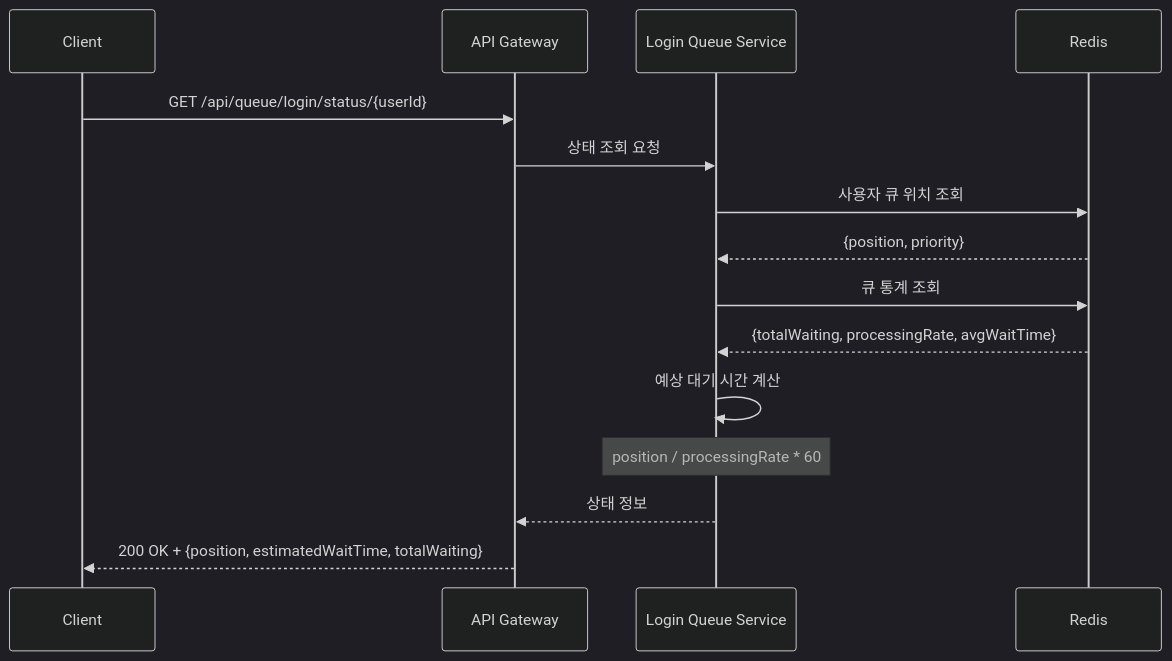
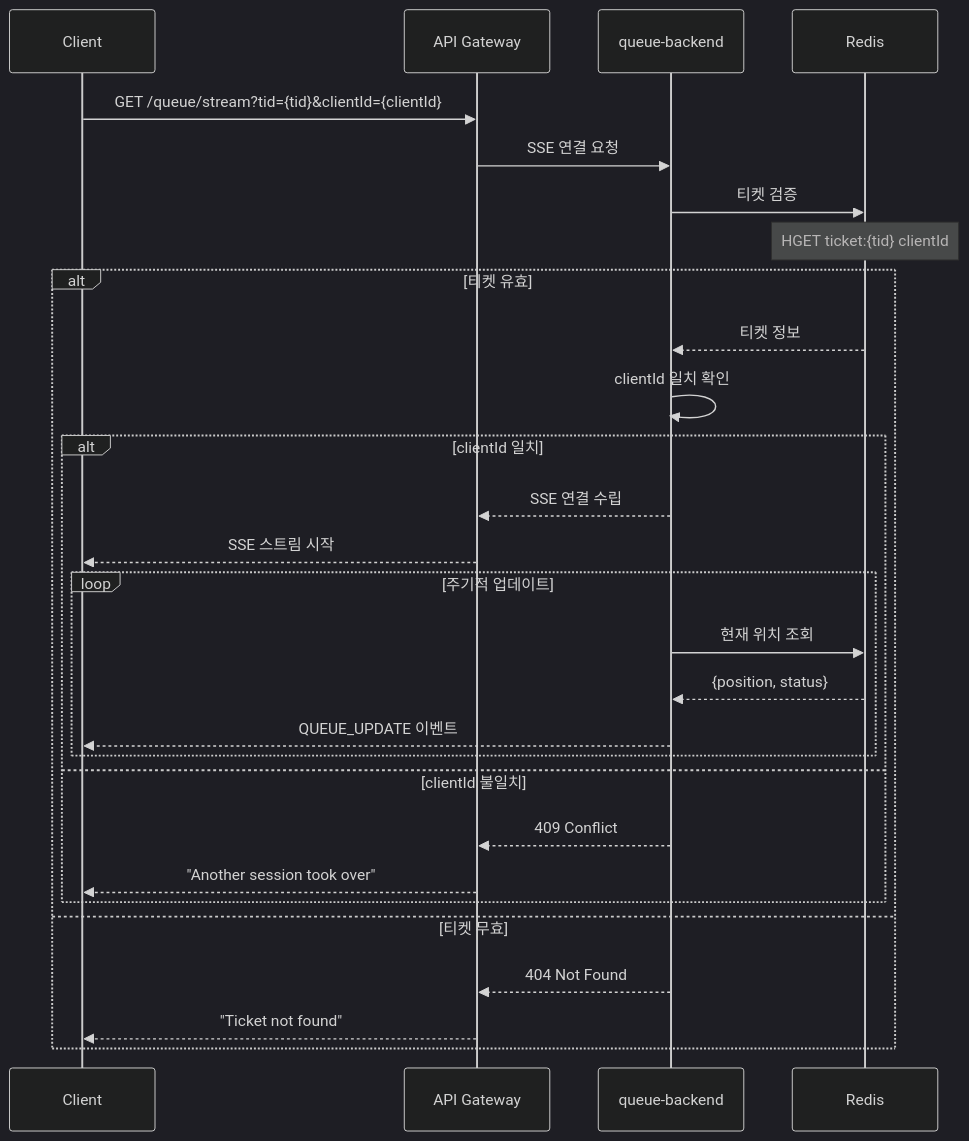
Before and after one commit to exodus-openstack/queue: diagram 14 of 32 in docs/Usecase.md, drawn with Mermaid (dark theme). The commit also changed other lines of this file and 1 other file, not shown here.

First line of the commit message:
docs: 로그인 큐 시스템 구조 반영 및 API 분리

````diff
--- a/docs/Usecase.md
+++ b/docs/Usecase.md
@@ -477,22 +586,35 @@
 ```mermaid
 sequenceDiagram
     participant C as Client
     participant API as API Gateway
-    participant LoginQ as Login Queue Service
+    participant Backend as queue-backend
     participant Redis as Redis
     
-    C->>API: GET /api/queue/login/status/{userId}
+    C->>API: GET /queue/stream?tid={tid}&clientId={clientId}
     
-    API->>LoginQ: 상태 조회 요청
-    LoginQ->>Redis: 사용자 큐 위치 조회
-    Redis-->>LoginQ: {position, priority}
+    API->>Backend: SSE 연결 요청
+    Backend->>Redis: 티켓 검증
+    Note over Redis: HGET ticket:{tid} clientId
     
-    LoginQ->>Redis: 큐 통계 조회
-    Redis-->>LoginQ: {totalWaiting, processingRate, avgWaitTime}
-    
-    LoginQ->>LoginQ: 예상 대기 시간 계산
-    Note over LoginQ: position / processingRate * 60
-    
-    LoginQ-->>API: 상태 정보
-    API-->>C: 200 OK + {position, estimatedWaitTime, totalWaiting}
+    alt 티켓 유효
+        Redis-->>Backend: 티켓 정보
+        Backend->>Backend: clientId 일치 확인
+        
+        alt clientId 일치
+            Backend-->>API: SSE 연결 수립
+            API-->>C: SSE 스트림 시작
+            
+            loop 주기적 업데이트
+                Backend->>Redis: 현재 위치 조회
+                Redis-->>Backend: {position, status}
+                Backend-->>C: QUEUE_UPDATE 이벤트
+            end
+        else clientId 불일치
+            Backend-->>API: 409 Conflict
+            API-->>C: "Another session took over"
+        end
+    else 티켓 무효
+        Backend-->>API: 404 Not Found
+        API-->>C: "Ticket not found"
+    end
 ```
````
